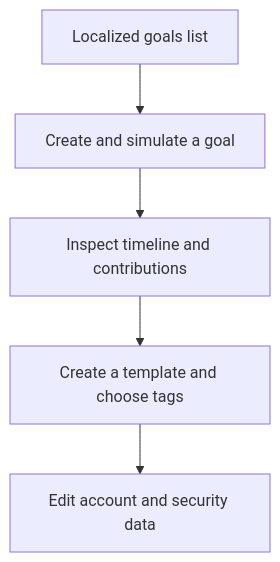
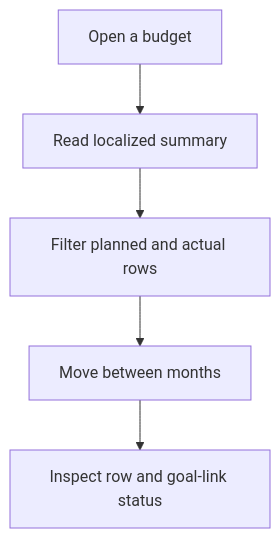
One commit to neogenz/pulpe changed the first of 2 diagrams in aidd_docs/tasks/2026_08/2026_08_21_android-i18n-preview-integration/phase-5.md. Above: the diagram before and after it, drawn with Mermaid. The commit also changed other lines of this file and 13 other files, not shown here.

````diff
--- a/aidd_docs/tasks/2026_08/2026_08_21_android-i18n-preview-integration/phase-5.md
+++ b/aidd_docs/tasks/2026_08/2026_08_21_android-i18n-preview-integration/phase-5.md
@@ -23,7 +21,7 @@
 ```mermaid
 flowchart TD
-  A[Localized goals list] --> B[Create and simulate a goal]
-  B --> C[Inspect timeline and contributions]
-  C --> D[Create a template and choose tags]
-  D --> E[Edit account and security data]
+  A[Open a budget] --> B[Read localized summary]
+  B --> C[Filter planned and actual rows]
+  C --> D[Move between months]
+  D --> E[Inspect row and goal-link status]
 ```
````
